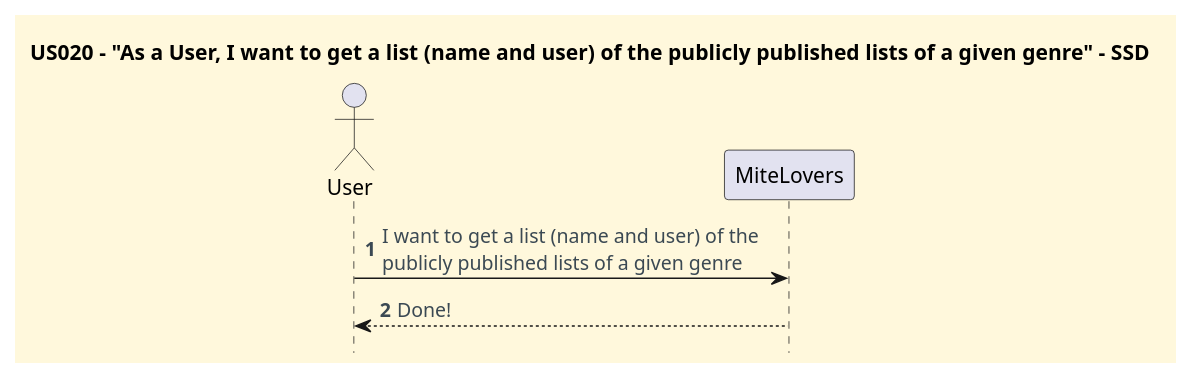
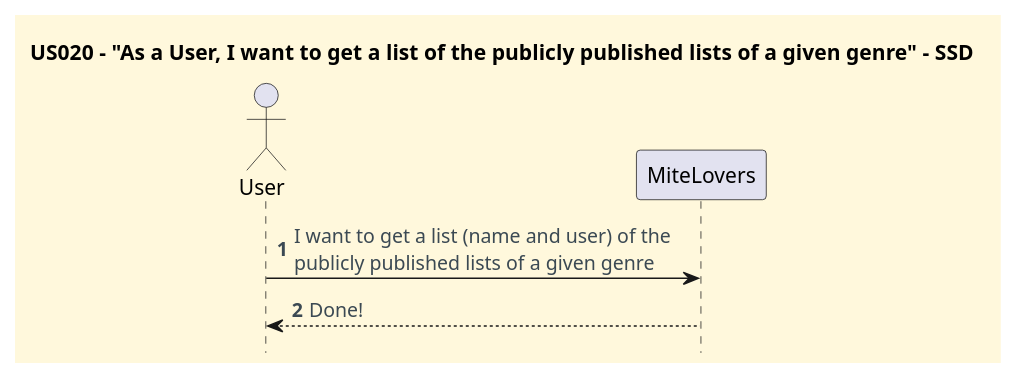
One commit to CarolinaLeite-collab/JavaMarketplacePlatform changed the diagram in docs/userStories/US020/US020_get_a_list_given_genres_SSD.puml. Above: the diagram before and after it, drawn with PlantUML. The commit also changed 1 other file, not shown here.

Commit message:
Resolves #131: Create the System Sequence Diagram (SSD) and Sequence Diagram (SD) for US020.

```diff
--- a/docs/userStories/US020/US020_get_a_list_given_genres_SSD.puml
+++ b/docs/userStories/US020/US020_get_a_list_given_genres_SSD.puml
@@ -1,26 +1,26 @@
 @startuml
-title US020 - "As a User, I want to get a list (name and user) of the publicly published lists of a given genre" - SSD
+title US020 - "As a User, I want to get a list of the publicly published lists of a given genre" - SSD
 hidefootbox
 
 '==== basic style ====
 skinparam monochrome false
 skinparam shadowing false
 skinparam defaultFontName Futura
 skinparam objectFontSize 20
 skinparam backgroundColor CornSilk
 skinparam objectBackgroundColor WhiteSmoke
 skinparam noteBackgroundColor #FFFFE0
 skinparam ArrowFontColor #3B4953
 skinparam ActivationBackgroundColor black
 
 autonumber
 autoactivate off
 
 actor User
 participant "MiteLovers" as System
 
 User -> System: I want to get a list (name and user) of the \npublicly published lists of a given genre
 System --> User: Done!
 
 
 @enduml
```
